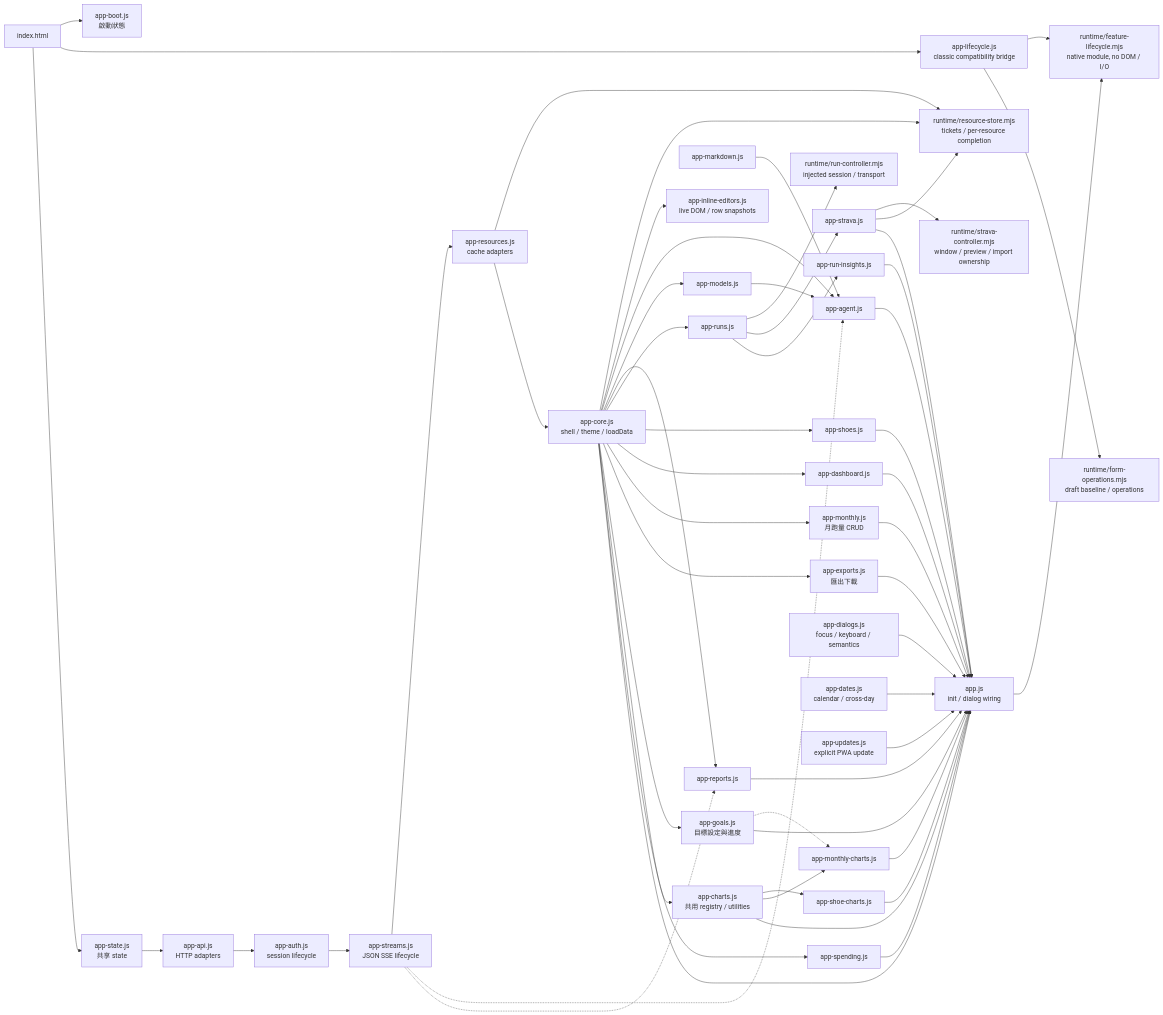
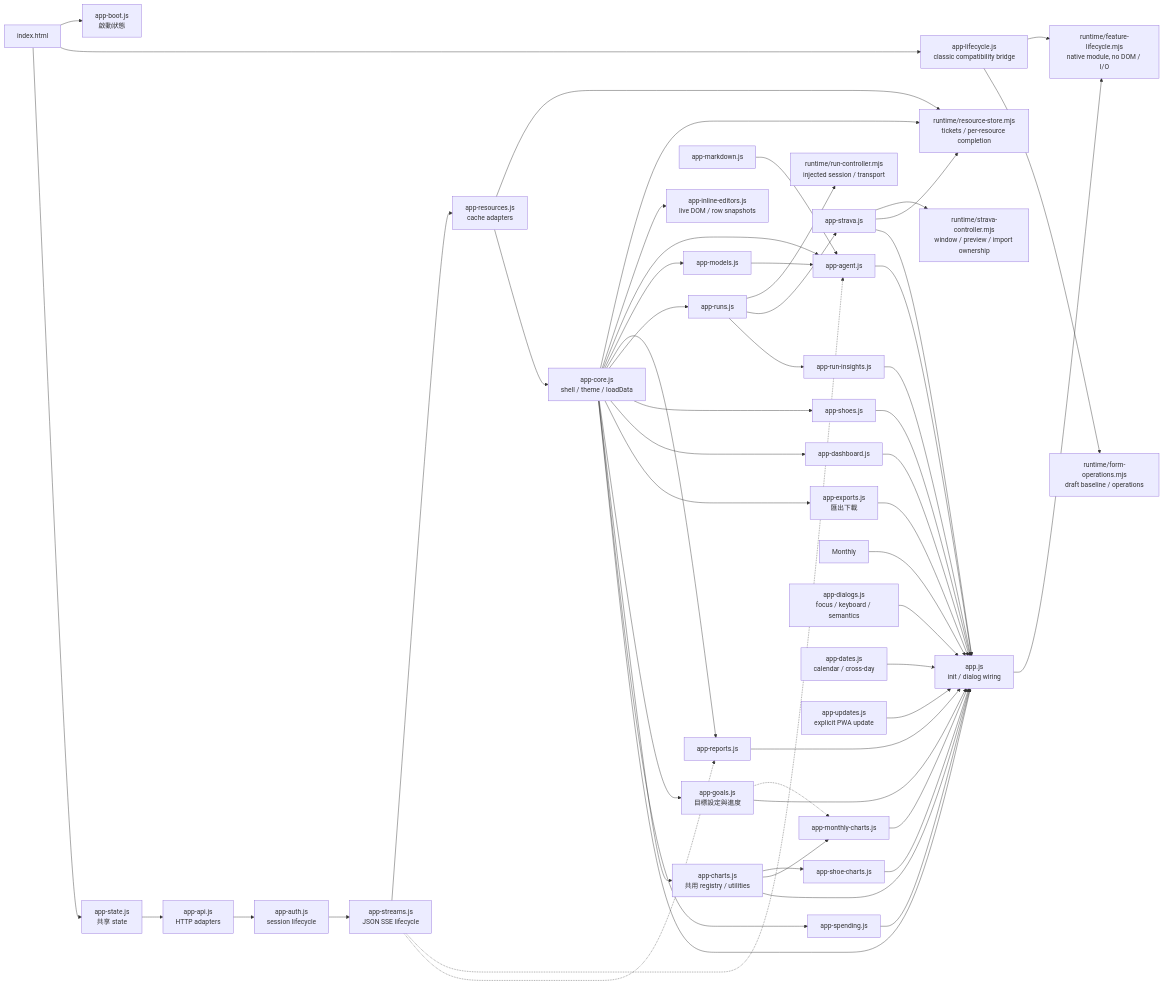
One commit to Teng91/running-shoes changed the sixth of 14 diagrams in docs/architecture.md. Above: the diagram before and after it, drawn with Mermaid. The commit also changed 43 other files, not shown here.

````diff
--- a/docs/architecture.md
+++ b/docs/architecture.md
@@ -200,57 +200,56 @@
 ```mermaid
 flowchart LR
     HTML[index.html] --> Boot[app-boot.js<br/>啟動狀態]
     HTML --> Lifecycle[app-lifecycle.js<br/>classic compatibility bridge]
     Bootstrap --> Native[runtime/feature-lifecycle.mjs<br/>native module, no DOM / I/O]
     Lifecycle --> Native
     HTML --> State[app-state.js<br/>共享 state]
     State --> API[app-api.js<br/>HTTP adapters]
     API --> AuthUI[app-auth.js<br/>session lifecycle]
     AuthUI --> Streams[app-streams.js<br/>JSON SSE lifecycle]
     Streams --> Resources[app-resources.js<br/>cache adapters]
     Resources --> Store[runtime/resource-store.mjs<br/>tickets / per-resource completion]
     Resources --> Core[app-core.js<br/>shell / theme / loadData]
     Core --> Store
     Core --> Inline[app-inline-editors.js<br/>live DOM / row snapshots]
     Lifecycle --> Forms[runtime/form-operations.mjs<br/>draft baseline / operations]
     Streams -.-> AgentUI
     Streams -.-> ReportsUI
     Core --> AgentUI[app-agent.js]
     Core --> ModelsUI[app-models.js]
     ModelsUI --> AgentUI
     MarkdownUI[app-markdown.js] --> AgentUI
     Core --> ReportsUI[app-reports.js]
     Core --> RunCRUD[app-runs.js]
     RunCRUD --> RunNative[runtime/run-controller.mjs<br/>injected session / transport]
     RunCRUD --> StravaUI[app-strava.js]
     StravaUI --> StravaNative[runtime/strava-controller.mjs<br/>window / preview / import ownership]
     StravaUI --> Store
     RunCRUD --> RunInsights[app-run-insights.js]
     Core --> ShoesUI[app-shoes.js]
     Core --> Dashboard[app-dashboard.js]
-    Core --> Monthly[app-monthly.js<br/>月跑量 CRUD]
     Core --> ExportsUI[app-exports.js<br/>匯出下載]
     Core --> GoalsUI[app-goals.js<br/>目標設定與進度]
     Core --> Charts[app-charts.js<br/>共用 registry / utilities]
     Charts --> ShoeCharts[app-shoe-charts.js]
     Charts --> MileageCharts[app-monthly-charts.js]
     GoalsUI -.-> MileageCharts
     Core --> Spending[app-spending.js]
     Core --> Bootstrap[app.js<br/>init / dialog wiring]
     AgentUI --> Bootstrap
     ReportsUI --> Bootstrap
     StravaUI --> Bootstrap
     RunInsights --> Bootstrap
     ShoesUI --> Bootstrap
     Dashboard --> Bootstrap
     Monthly --> Bootstrap
     ExportsUI --> Bootstrap
     GoalsUI --> Bootstrap
     Charts --> Bootstrap
     ShoeCharts --> Bootstrap
     MileageCharts --> Bootstrap
     Spending --> Bootstrap
     Dialogs[app-dialogs.js<br/>focus / keyboard / semantics] --> Bootstrap
     Dates[app-dates.js<br/>calendar / cross-day] --> Bootstrap
     Updates[app-updates.js<br/>explicit PWA update] --> Bootstrap
 ```
````
